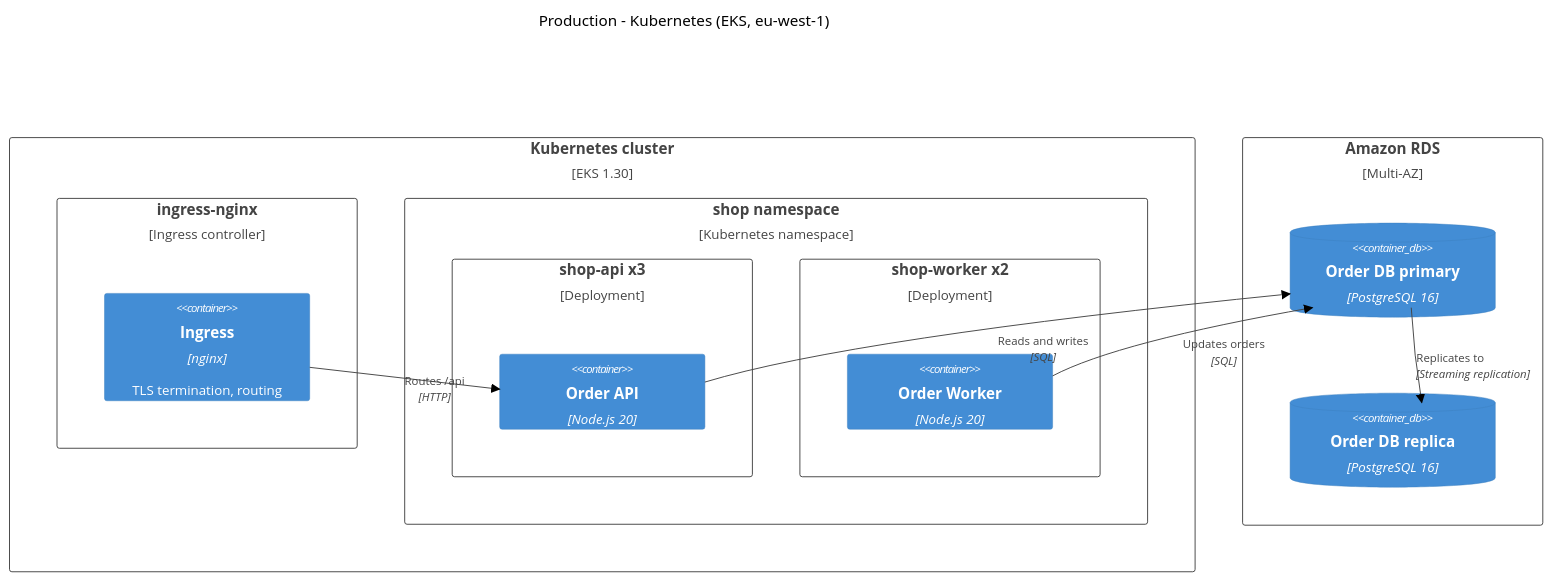
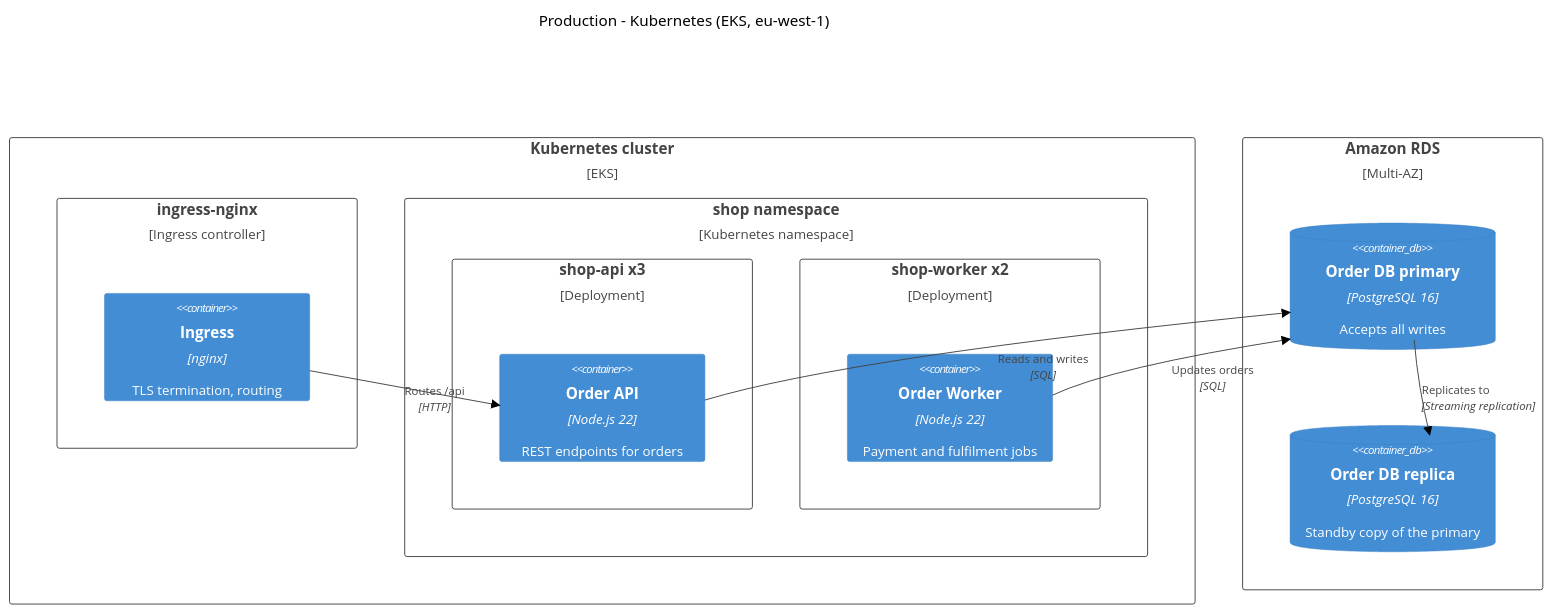
The seventh of 9 diagrams in dist/plugins/c4-architecture/skills/c4-architecture/references/advanced-patterns.md (castocolina/agent-toolkit), drawn with Mermaid (neutral theme) before and after one commit. The commit also changed other lines of this file and 104 other files, not shown here.

````diff
--- a/dist/plugins/c4-architecture/skills/c4-architecture/references/advanced-patterns.md
+++ b/dist/plugins/c4-architecture/skills/c4-architecture/references/advanced-patterns.md
@@ -92,25 +146,25 @@
 ```mermaid
 C4Deployment
   title Production - Kubernetes (EKS, eu-west-1)
-  Deployment_Node(cluster, "Kubernetes cluster", "EKS 1.30") {
+  Deployment_Node(cluster, "Kubernetes cluster", "EKS") {
     Deployment_Node(ingress, "ingress-nginx", "Ingress controller") {
       Container(nginx, "Ingress", "nginx", "TLS termination, routing")
     }
     Deployment_Node(appNs, "shop namespace", "Kubernetes namespace") {
       Deployment_Node(apiPods, "shop-api x3", "Deployment") {
-        Container(api, "Order API", "Node.js 20")
+        Container(api, "Order API", "Node.js 22", "REST endpoints for orders")
       }
       Deployment_Node(workerPods, "shop-worker x2", "Deployment") {
-        Container(worker, "Order Worker", "Node.js 20")
+        Container(worker, "Order Worker", "Node.js 22", "Payment and fulfilment jobs")
       }
     }
   }
   Deployment_Node(rds, "Amazon RDS", "Multi-AZ") {
-    ContainerDb(primary, "Order DB primary", "PostgreSQL 16")
-    ContainerDb(replica, "Order DB replica", "PostgreSQL 16")
+    ContainerDb(primary, "Order DB primary", "PostgreSQL 16", "Accepts all writes")
+    ContainerDb(replica, "Order DB replica", "PostgreSQL 16", "Standby copy of the primary")
   }
   Rel(nginx, api, "Routes /api", "HTTP")
   Rel(api, primary, "Reads and writes", "SQL")
   Rel(worker, primary, "Updates orders", "SQL")
   Rel(primary, replica, "Replicates to", "Streaming replication")
 ```
````
